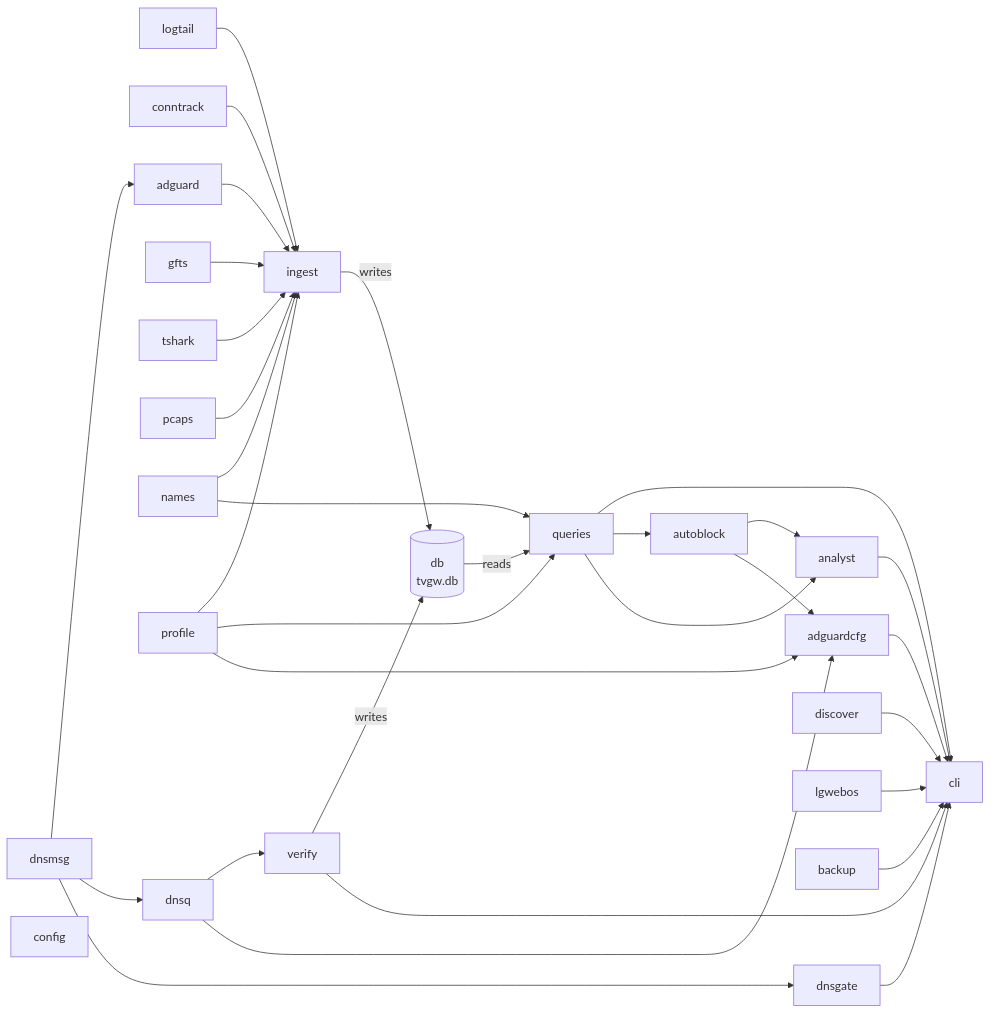
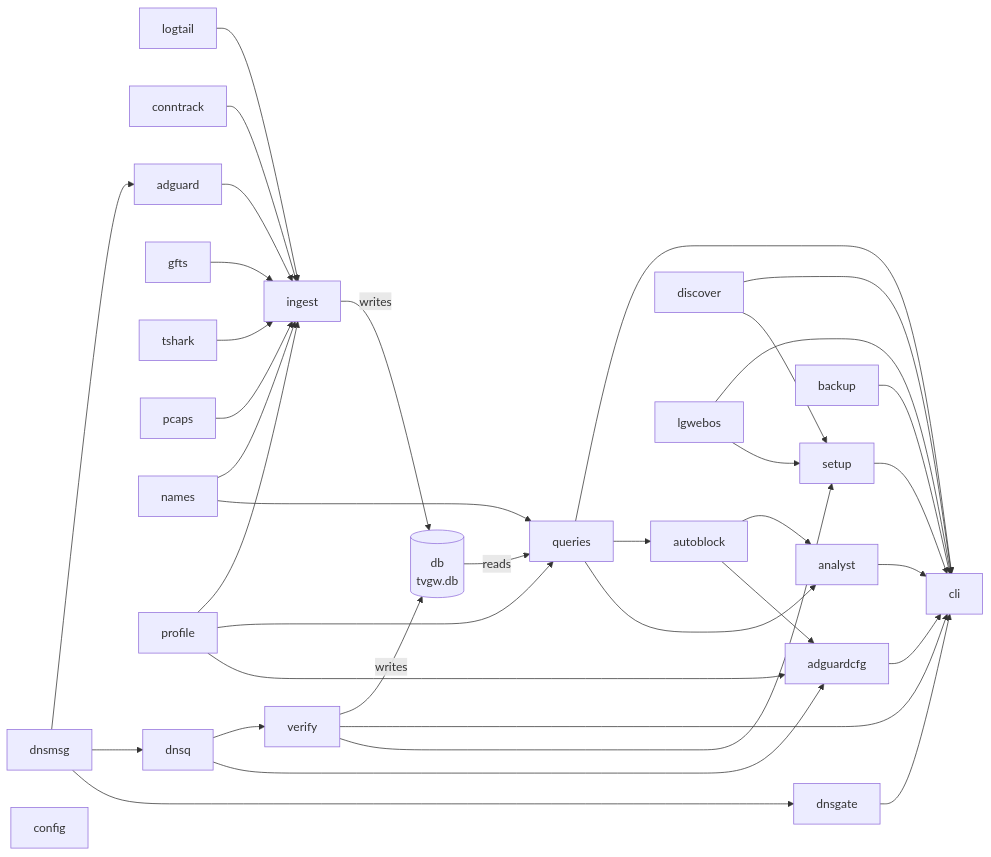
One commit to kywwilson11/tvgw changed the diagram in src/tvgw/README.md. Above: the diagram before and after it, drawn with Mermaid. The commit also changed other lines of this file and 7 other files, not shown here.

````diff
--- a/src/tvgw/README.md
+++ b/src/tvgw/README.md
@@ -41,35 +43,39 @@
 ```mermaid
 flowchart LR
     logtail[logtail] --> ingest[ingest]
     conntrack[conntrack] --> ingest
     dnsmsg[dnsmsg] --> adguard[adguard]
     adguard --> ingest
     gfts[gfts] --> ingest
     tshark[tshark] --> ingest
     pcaps[pcaps] --> ingest
     names[names] --> ingest
     profile[profile] --> ingest
     ingest -->|writes| store[("db<br/>tvgw.db")]
     verify[verify] -->|writes| store
     store -->|reads| queries[queries]
     names --> queries
     profile --> queries
     queries --> cli[cli]
     queries --> autoblock[autoblock]
     queries --> analyst[analyst]
     autoblock --> analyst
     dnsmsg --> dnsq[dnsq]
     dnsq --> verify
     dnsq --> adguardcfg[adguardcfg]
     profile --> adguardcfg
     autoblock --> adguardcfg
     dnsmsg --> dnsgate[dnsgate]
     verify --> cli
     adguardcfg --> cli
     analyst --> cli
     dnsgate --> cli
     discover[discover] --> cli
     lgwebos[lgwebos] --> cli
     backup[backup] --> cli
+    discover --> setup[setup]
+    lgwebos --> setup
+    verify --> setup
+    setup --> cli
     settings[config]
 ```
````
